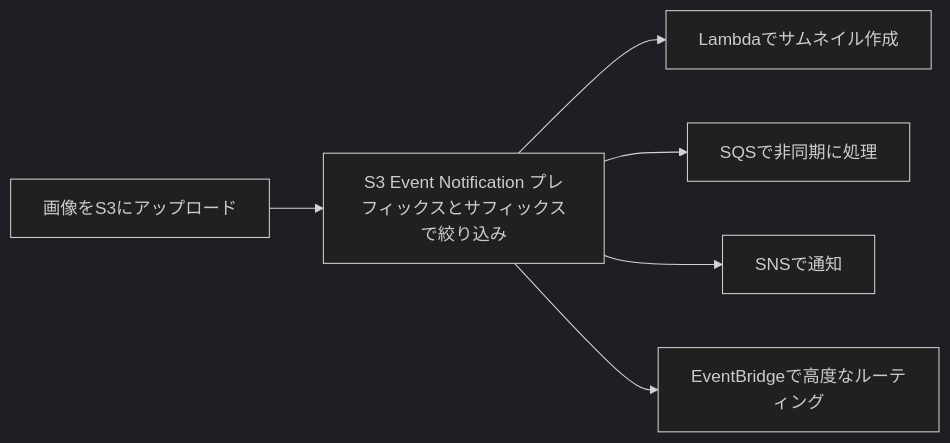
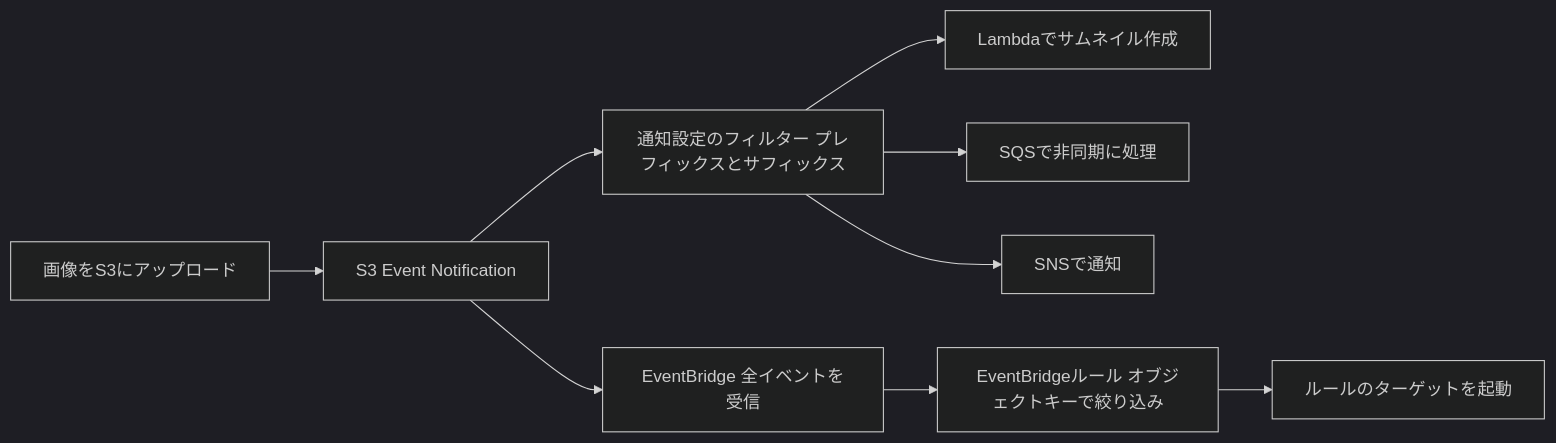
One commit to myoshi2891/Cloud-Infrastructure-and-Network-Studies changed diagram 22 of 23 in Aws-soa-c03-domain3-guide.md. Above: the diagram before and after it, drawn with Mermaid (dark theme). The commit also changed other lines of this file, not shown here.

Commit message:
docs(aws): refine S3 event notifications and subnet exhaustion explanations in SOA domain 3

````diff
--- a/Aws-soa-c03-domain3-guide.md
+++ b/Aws-soa-c03-domain3-guide.md
@@ -1149,8 +1149,11 @@
 ```mermaid
 flowchart LR
-    U["画像をS3にアップロード"] --> S["S3 Event Notification プレフィックスとサフィックスで絞り込み"]
-    S --> L["Lambdaでサムネイル作成"]
-    S --> Q["SQSで非同期に処理"]
-    S --> N["SNSで通知"]
-    S --> E["EventBridgeで高度なルーティング"]
+    U["画像をS3にアップロード"] --> S["S3 Event Notification"]
+    S --> F["通知設定のフィルター プレフィックスとサフィックス"]
+    F --> L["Lambdaでサムネイル作成"]
+    F --> Q["SQSで非同期に処理"]
+    F --> N["SNSで通知"]
+    S --> E["EventBridge 全イベントを受信"]
+    E --> R["EventBridgeルール オブジェクトキーで絞り込み"]
+    R --> T["ルールのターゲットを起動"]
 ```
````
